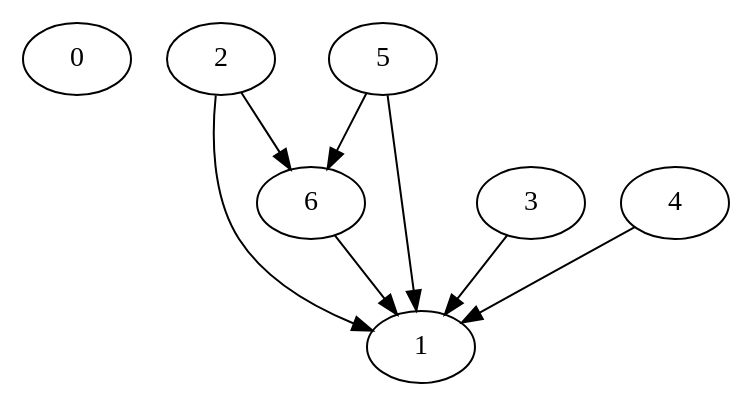
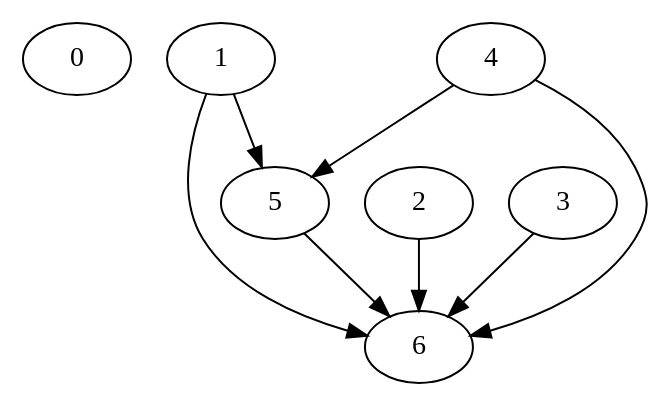
The diagram in graph.dot (bensooraj/griffon), drawn with Graphviz before and after one commit. The commit also changed 2 other files, not shown here.

```diff
--- a/graph.dot
+++ b/graph.dot
@@ -1,19 +1,19 @@
 strict digraph "dependency_graph.dot" {
 // Node definitions.
 0;
 1;
 2;
 3;
 4;
 5;
 6;
 
 // Edge definitions.
-2 -> 1;
+1 -> 5;
+1 -> 6;
 2 -> 6;
-3 -> 1;
-4 -> 1;
-5 -> 1;
+3 -> 6;
+4 -> 5;
+4 -> 6;
 5 -> 6;
-6 -> 1;
 }
```
